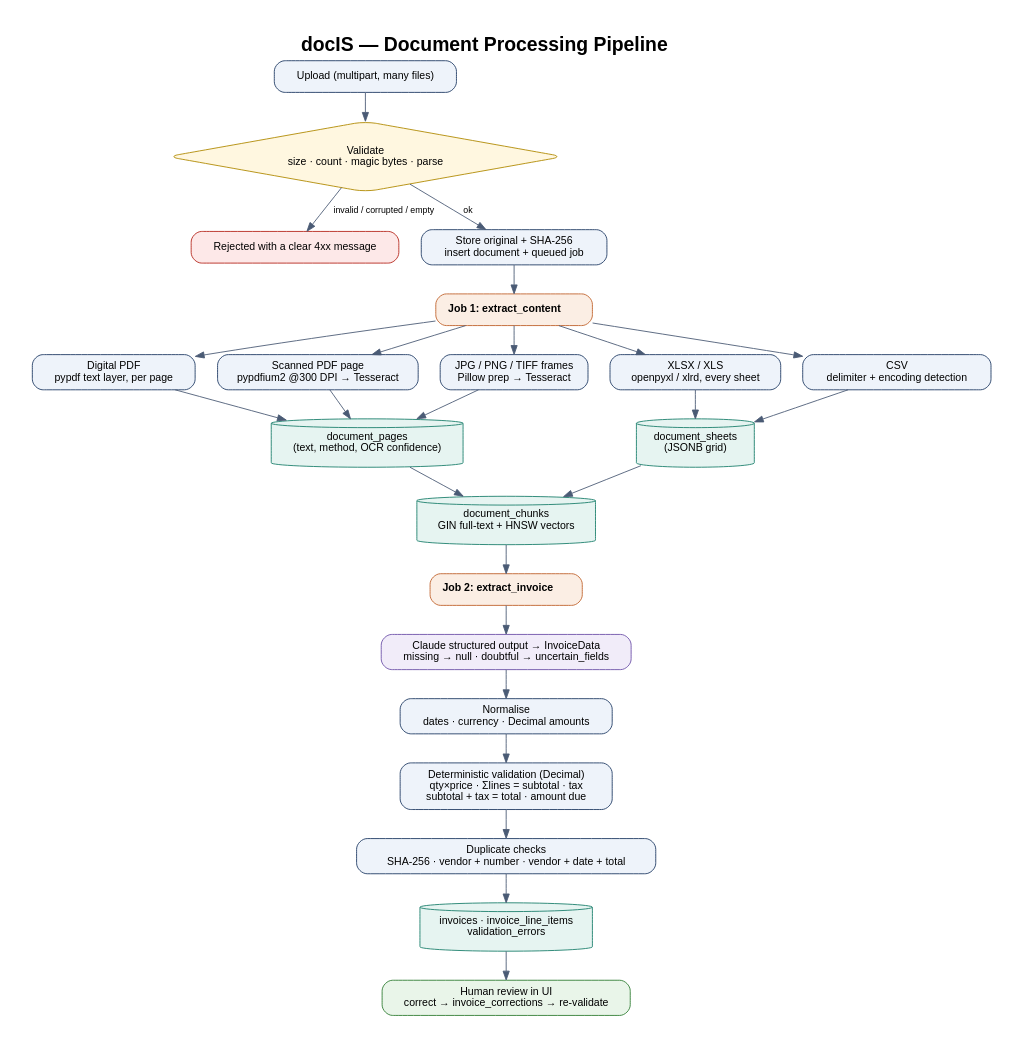
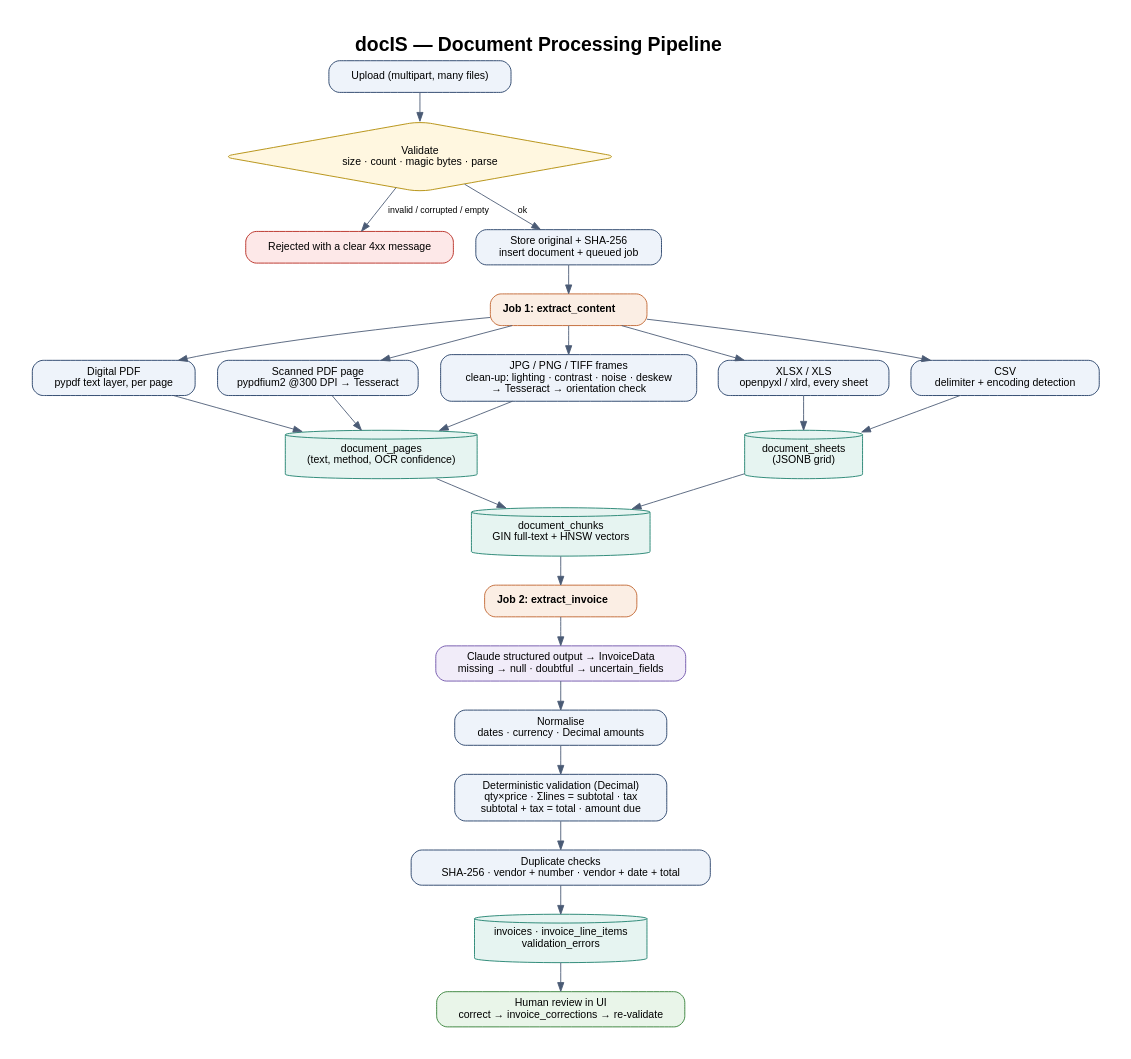
One commit to diptu/docIS changed the diagram in backend/docs/processing_pipeline.dot. Above: the diagram before and after it, drawn with Graphviz. The commit also changed 11 other files, not shown here.

```diff
--- a/backend/docs/processing_pipeline.dot
+++ b/backend/docs/processing_pipeline.dot
@@ -1,29 +1,29 @@
 digraph P {
   graph [rankdir=TB, fontname="Helvetica", fontsize=22, labelloc=t, label=<<b>docIS — Document Processing Pipeline</b>>, pad=0.4, nodesep=0.35, ranksep=0.45, bgcolor=white];
   node  [shape=box, style="rounded,filled", fontname="Helvetica", fontsize=12, color="#1f3b63", fillcolor="#eef3fa", margin="0.2,0.1"];
   edge  [fontname="Helvetica", fontsize=10, color="#4a5b75"];
   U  [label="Upload (multipart, many files)"];
   V  [shape=diamond, fillcolor="#fff7e0", color="#b08900", label="Validate\nsize · count · magic bytes · parse"];
   X  [fillcolor="#fde8e8", color="#b42318", label="Rejected with a clear 4xx message"];
   S  [label="Store original + SHA-256\ninsert document + queued job"];
   J1 [fillcolor="#fbeee4", color="#c0612b", label=<<b>Job 1: extract_content</b>>];
   P1 [label="Digital PDF\npypdf text layer, per page"];
   P2 [label="Scanned PDF page\npypdfium2 @300 DPI → Tesseract"];
-  P3 [label="JPG / PNG / TIFF frames\nPillow prep → Tesseract"];
+  P3 [label="JPG / PNG / TIFF frames\nclean-up: lighting · contrast · noise · deskew\n→ Tesseract → orientation check"];
   P4 [label="XLSX / XLS\nopenpyxl / xlrd, every sheet"];
   P5 [label="CSV\ndelimiter + encoding detection"];
   PG [shape=cylinder, fillcolor="#e6f4f1", color="#1b7f6b", label="document_pages\n(text, method, OCR confidence)"];
   SH [shape=cylinder, fillcolor="#e6f4f1", color="#1b7f6b", label="document_sheets\n(JSONB grid)"];
   CH [shape=cylinder, fillcolor="#e6f4f1", color="#1b7f6b", label="document_chunks\nGIN full-text + HNSW vectors"];
   J2 [fillcolor="#fbeee4", color="#c0612b", label=<<b>Job 2: extract_invoice</b>>];
   L  [fillcolor="#f1ecf9", color="#6b4fa8", label="Claude structured output → InvoiceData\nmissing → null · doubtful → uncertain_fields"];
   N  [label="Normalise\ndates · currency · Decimal amounts"];
   VAL[label="Deterministic validation (Decimal)\nqty×price · Σlines = subtotal · tax\nsubtotal + tax = total · amount due"];
   DUP[label="Duplicate checks\nSHA-256 · vendor + number · vendor + date + total"];
   RV [shape=cylinder, fillcolor="#e6f4f1", color="#1b7f6b", label="invoices · invoice_line_items\nvalidation_errors"];
   H  [fillcolor="#e9f5e9", color="#2e7d32", label="Human review in UI\ncorrect → invoice_corrections → re-validate"];
   U -> V; V -> X [label="invalid / corrupted / empty"]; V -> S [label="ok"]; S -> J1;
   J1 -> {P1 P2 P3 P4 P5};
   {P1 P2 P3} -> PG; {P4 P5} -> SH;
   PG -> CH; SH -> CH; CH -> J2; J2 -> L -> N -> VAL -> DUP -> RV -> H;
 }
```
